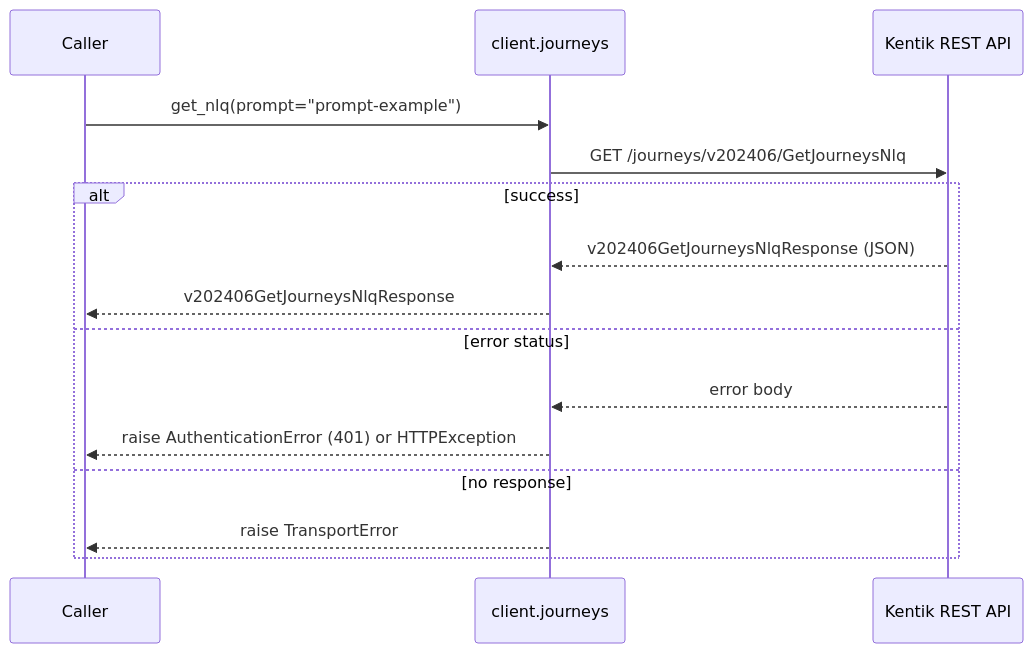
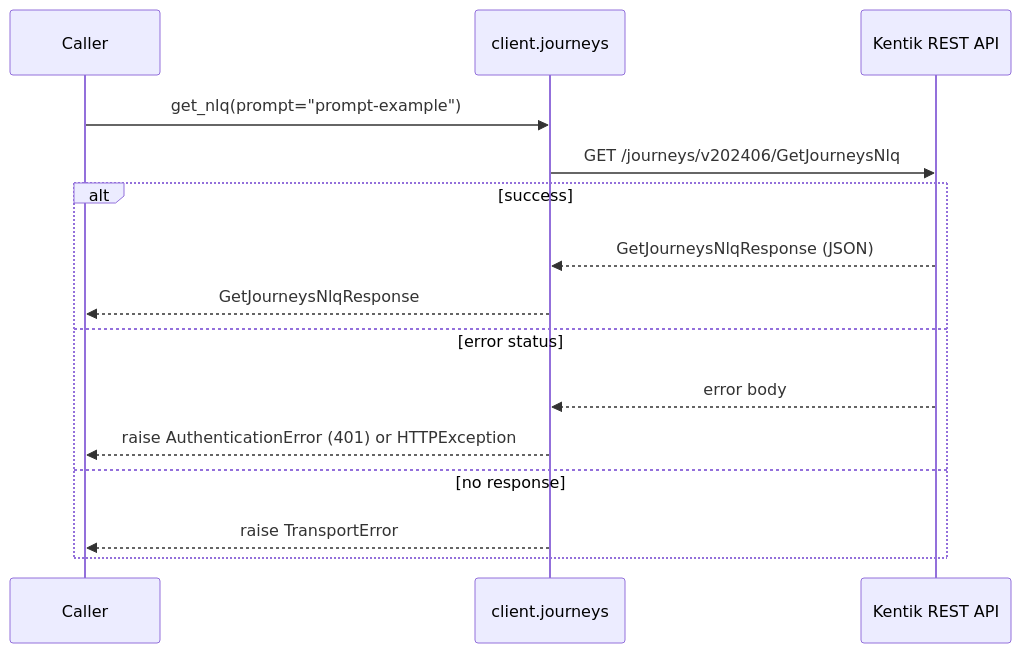
Before and after one commit to alexdearaujo/community_sdk_python: the second of 4 diagrams in docs/sphinx/services/journeys.md, drawn with Mermaid. The commit also changed other lines of this file and 38 other files, not shown here.

````diff
--- a/docs/sphinx/services/journeys.md
+++ b/docs/sphinx/services/journeys.md
@@ -38,18 +38,18 @@
 ```mermaid
 sequenceDiagram
     participant C as Caller
     participant W as client.journeys
     participant API as Kentik REST API
 
     C->>W: get_nlq(prompt="prompt-example")
     W->>API: GET /journeys/v202406/GetJourneysNlq
     alt success
-        API-->>W: v202406GetJourneysNlqResponse (JSON)
-        W-->>C: v202406GetJourneysNlqResponse
+        API-->>W: GetJourneysNlqResponse (JSON)
+        W-->>C: GetJourneysNlqResponse
     else error status
         API-->>W: error body
         W-->>C: raise AuthenticationError (401) or HTTPException
     else no response
         W-->>C: raise TransportError
     end
 ```
````
